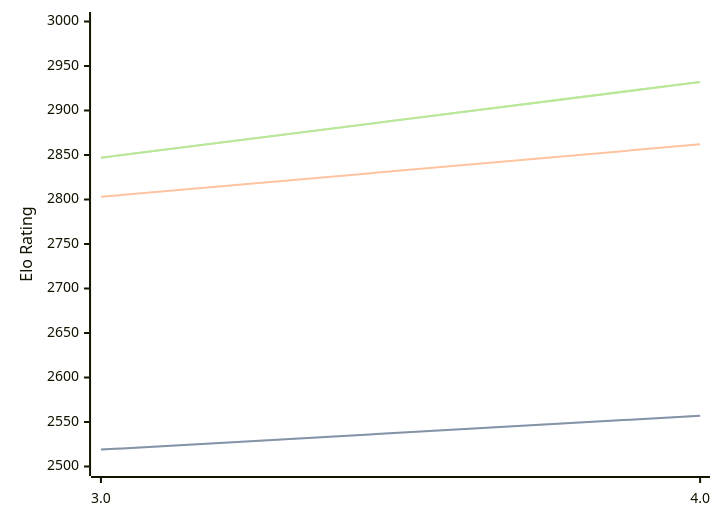
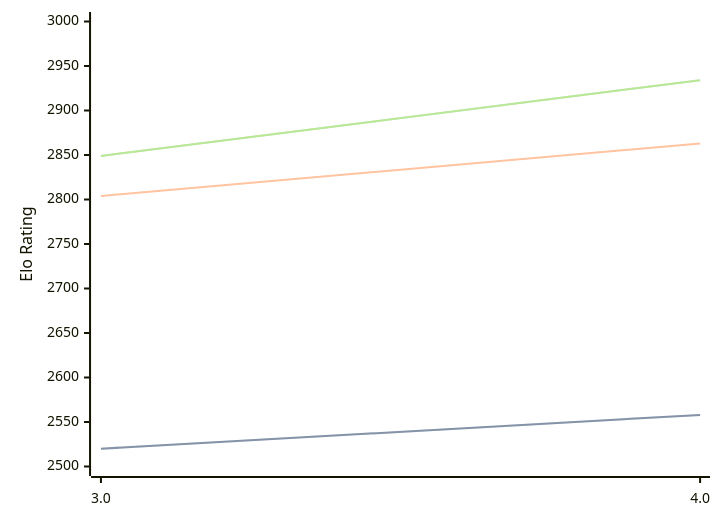
Before and after one commit to computer-chess-index/cci: the diagram in engines/Chess3.md, drawn with Mermaid. The commit also changed other lines of this file, not shown here.

Commit message:
Update CCI Ratings (ELO VLTC) - 2026-05-06

````diff
--- a/engines/Chess3.md
+++ b/engines/Chess3.md
@@ -34,11 +34,11 @@
 ```mermaid
 %%{init: {"theme":"base","themeVariables":{"seriesColors:['#a3a3a3','#222221','#faa371']}}}%%
 xychart-beta
   x-axis ["3.0", "4.0"]
   y-axis "Elo Rating" 2500 --> 3000
-  line "STC (8.0+0.08s)" [2519, 2557]
-  line "STC (8.0+0.08s)" [2519, 2557]
-  line "LTC (60.0+0.60s)" [2803, 2862]
-  line "VLTC (2m24s+1.12s)" [2847, 2932]
-  line "VLTC (2m24s+1.12s)" [2847, 2932]
+  line "STC (8.0+0.08s)" [2520, 2558]
+  line "STC (8.0+0.08s)" [2520, 2558]
+  line "LTC (60.0+0.60s)" [2804, 2863]
+  line "VLTC (2m24s+1.12s)" [2849, 2934]
+  line "VLTC (2m24s+1.12s)" [2849, 2934]
 ```
````
